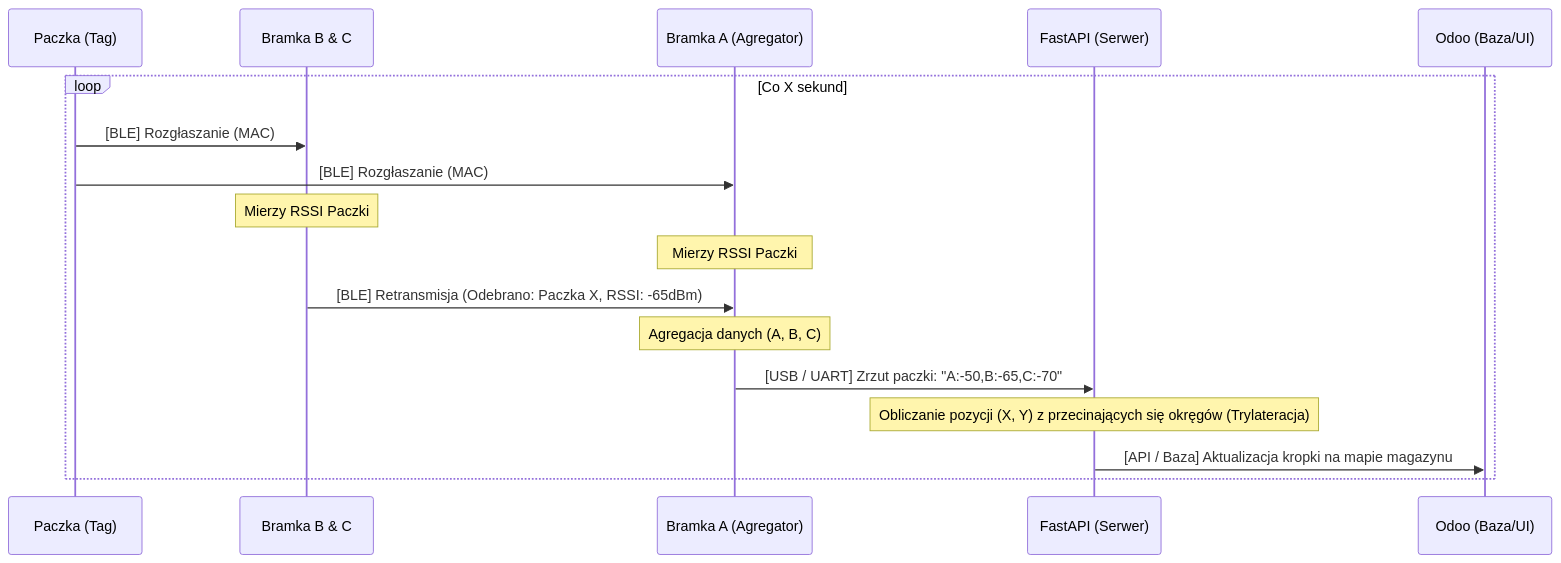
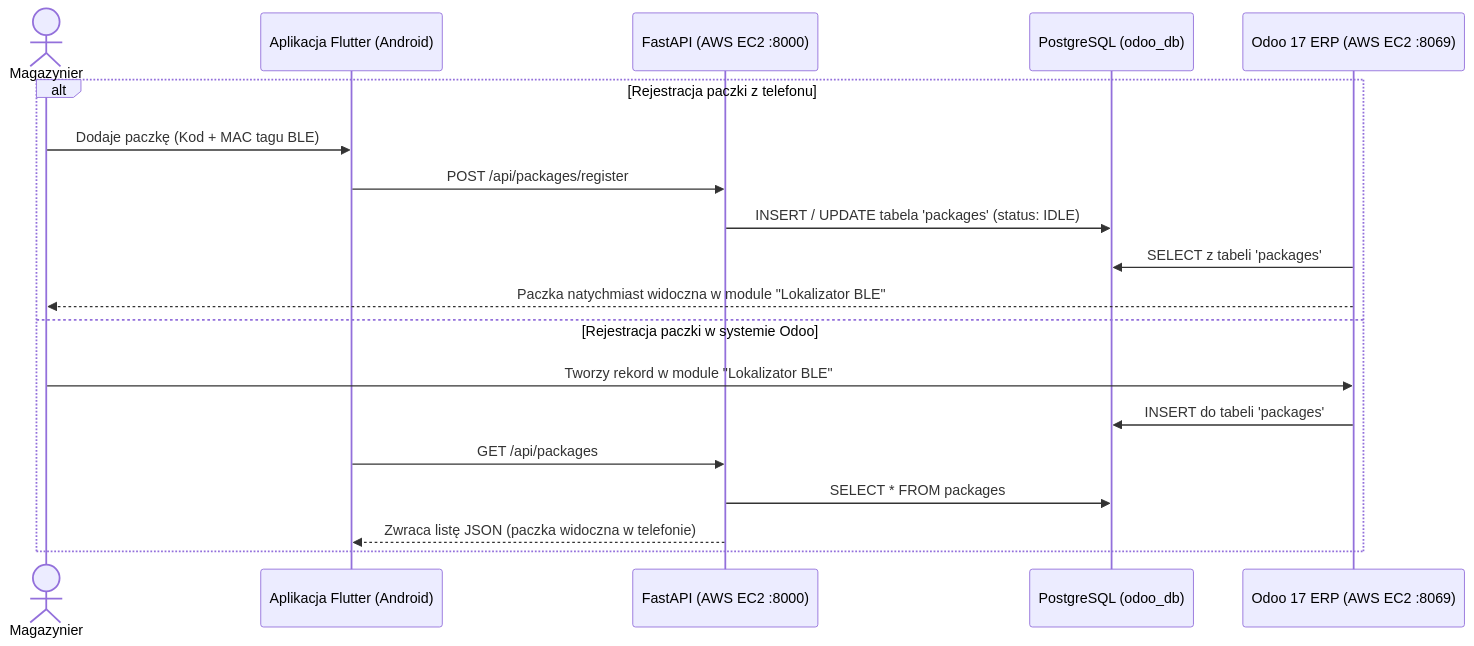
One commit to k-surma/Smart-lokalizator-paczek changed the first of 3 diagrams in README.md. Above: the diagram before and after it, drawn with Mermaid. The commit also changed other lines of this file, not shown here.

````diff
--- a/README.md
+++ b/README.md
@@ -62,20 +77,22 @@
 ```mermaid
 sequenceDiagram
-    participant P as Paczka (Tag)
-    participant B as Bramka B & C
-    participant A as Bramka A (Agregator)
-    participant API as FastAPI (Serwer)
-    participant O as Odoo (Baza/UI)
+    actor M as Magazynier
+    participant App as Aplikacja Flutter (Android)
+    participant API as FastAPI (AWS EC2 :8000)
+    participant DB as PostgreSQL (odoo_db)
+    participant Odoo as Odoo 17 ERP (AWS EC2 :8069)
 
-    loop Co X sekund
-        P->>B: [BLE] Rozgłaszanie (MAC)
-        P->>A: [BLE] Rozgłaszanie (MAC)
-        Note over B: Mierzy RSSI Paczki
-        Note over A: Mierzy RSSI Paczki
-        B->>A: [BLE] Retransmisja (Odebrano: Paczka X, RSSI: -65dBm)
-        Note over A: Agregacja danych (A, B, C)
-        A->>API: [USB / UART] Zrzut paczki: "A:-50,B:-65,C:-70"
-        Note over API: Obliczanie pozycji (X, Y) z przecinających się okręgów (Trylateracja)
-        API->>O: [API / Baza] Aktualizacja kropki na mapie magazynu
+    alt Rejestracja paczki z telefonu
+        M->>App: Dodaje paczkę (Kod + MAC tagu BLE)
+        App->>API: POST /api/packages/register
+        API->>DB: INSERT / UPDATE tabela 'packages' (status: IDLE)
+        Odoo->>DB: SELECT z tabeli 'packages'
+        Odoo-->>M: Paczka natychmiast widoczna w module "Lokalizator BLE"
+    else Rejestracja paczki w systemie Odoo
+        M->>Odoo: Tworzy rekord w module "Lokalizator BLE"
+        Odoo->>DB: INSERT do tabeli 'packages'
+        App->>API: GET /api/packages
+        API->>DB: SELECT * FROM packages
+        API-->>App: Zwraca listę JSON (paczka widoczna w telefonie)
     end
 ```
````
